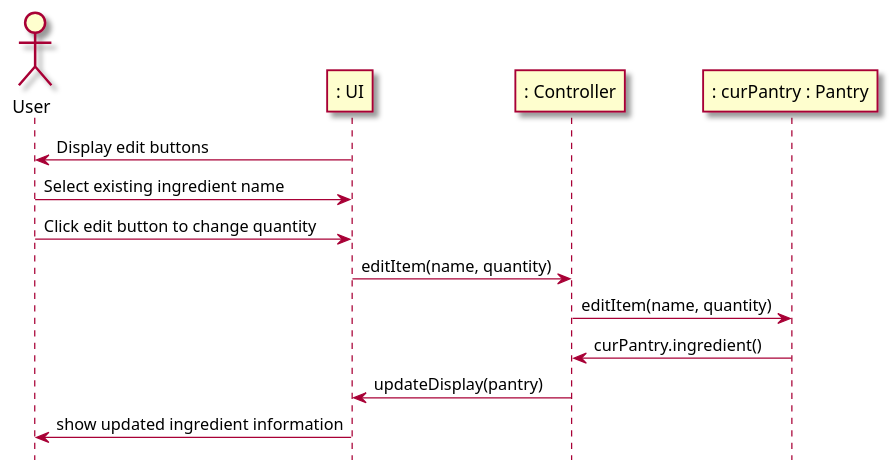
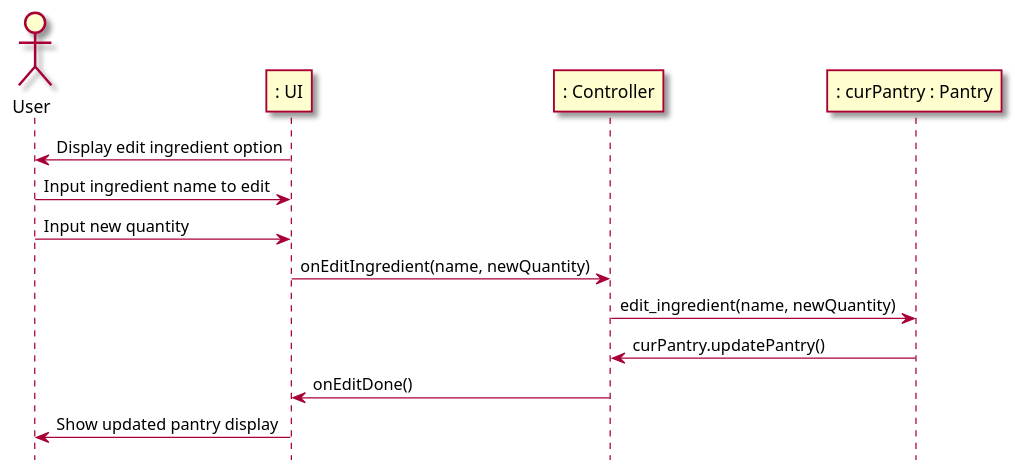
One commit to berthashipper/Pantry-Pal-Android-Application changed the seventh of 8 diagrams in intellij/doc/use-cases/manage_pantry.md. Above: the diagram before and after it, drawn with PlantUML. The commit also changed other lines of this file and 11 other files, not shown here.

Commit message:
Updated sequence diagrams and workflows to reflect real code

`````diff
--- a/intellij/doc/use-cases/manage_pantry.md
+++ b/intellij/doc/use-cases/manage_pantry.md
@@ -203,22 +181,23 @@
 ```plantuml
 @startuml
 skin rose
 
 hide footbox
 
 actor User as user
 participant ": UI" as ui
-participant ": Controller"  as cont
+participant ": Controller" as cont
 participant ": curPantry : Pantry" as pantry
 
-ui -> user : Display edit buttons
-user -> ui : Select existing ingredient name
-user -> ui : Click edit button to change quantity
-ui -> cont : editItem(name, quantity)
-cont -> pantry : editItem(name, quantity)
-pantry -> cont : curPantry.ingredient()
-cont -> ui : updateDisplay(pantry)
-ui -> user : show updated ingredient information
+ui -> user : Display edit ingredient option
+user -> ui : Input ingredient name to edit
+user -> ui : Input new quantity
+ui -> cont : onEditIngredient(name, newQuantity)
+cont -> pantry : edit_ingredient(name, newQuantity)
+pantry -> cont : curPantry.updatePantry()
+cont -> ui : onEditDone()
+ui -> user : Show updated pantry display
 
 @enduml
+
 ````
`````
